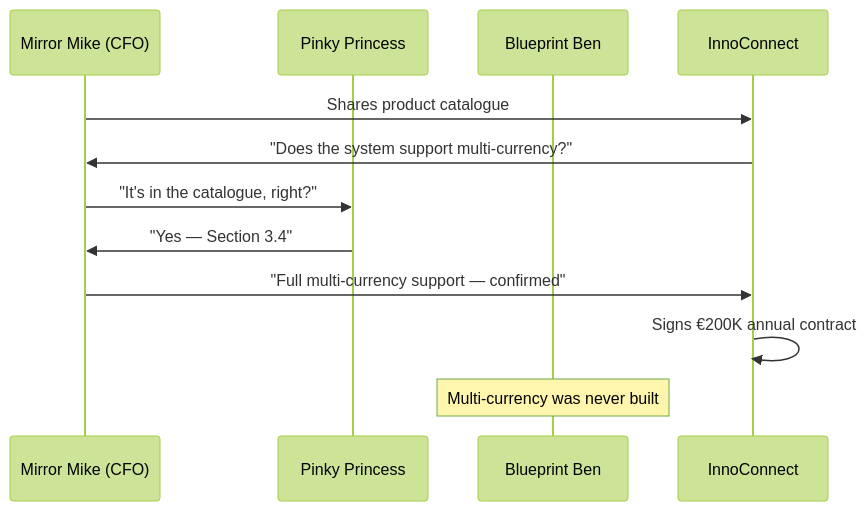
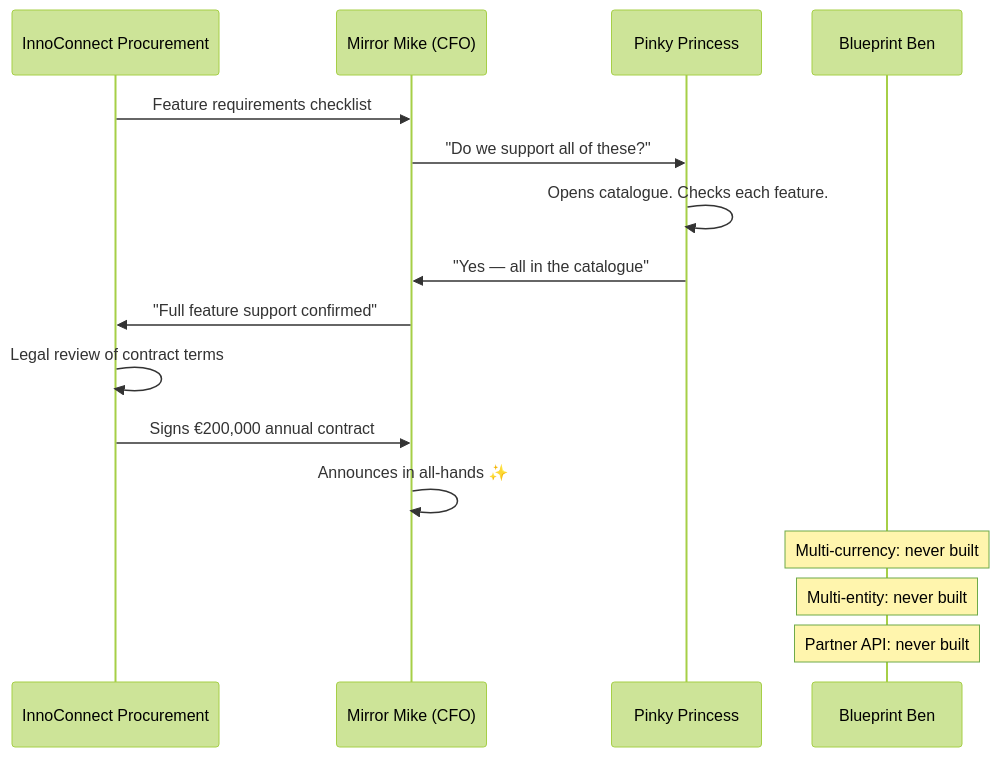
Before and after one commit to truedoctales/truedoctales-4j: the diagram in fairy-doc-tales/04_product-queen/01_product-queen.md, drawn with Mermaid (forest theme). The commit also changed other lines of this file and 3 other files, not shown here.

````diff
--- a/fairy-doc-tales/04_product-queen/01_product-queen.md
+++ b/fairy-doc-tales/04_product-queen/01_product-queen.md
@@ -75,15 +120,19 @@
 ```mermaid
 sequenceDiagram
+    participant IC as InnoConnect Procurement
     participant MM as Mirror Mike (CFO)
     participant PP as Pinky Princess
     participant BB as Blueprint Ben
-    participant IC as InnoConnect
 
-    MM->>IC: Shares product catalogue
-    IC->>MM: "Does the system support multi-currency?"
-    MM->>PP: "It's in the catalogue, right?"
-    PP->>MM: "Yes — Section 3.4"
-    MM->>IC: "Full multi-currency support — confirmed"
-    IC->>IC: Signs €200K annual contract
-    Note over BB: Multi-currency was never built
+    IC->>MM: Feature requirements checklist
+    MM->>PP: "Do we support all of these?"
+    PP->>PP: Opens catalogue. Checks each feature.
+    PP->>MM: "Yes — all in the catalogue"
+    MM->>IC: "Full feature support confirmed"
+    IC->>IC: Legal review of contract terms
+    IC->>MM: Signs €200,000 annual contract
+    MM->>MM: Announces in all-hands ✨
+    Note over BB: Multi-currency: never built
+    Note over BB: Multi-entity: never built
+    Note over BB: Partner API: never built
 ```
````
